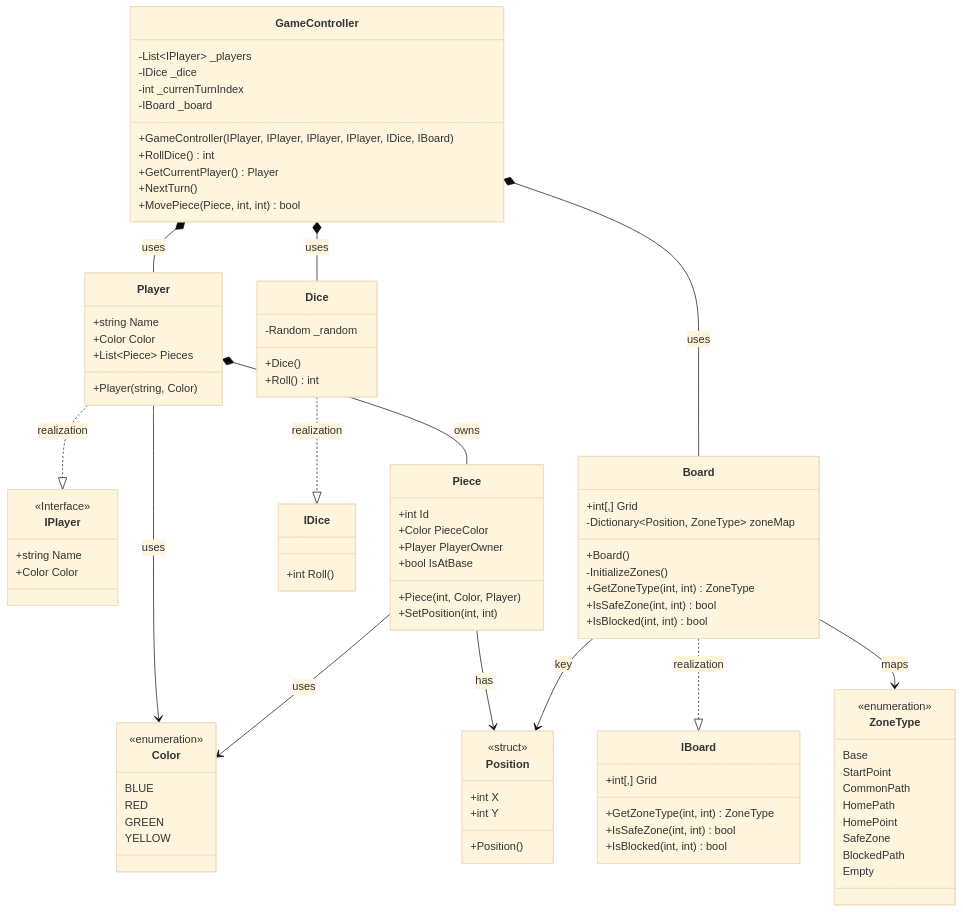
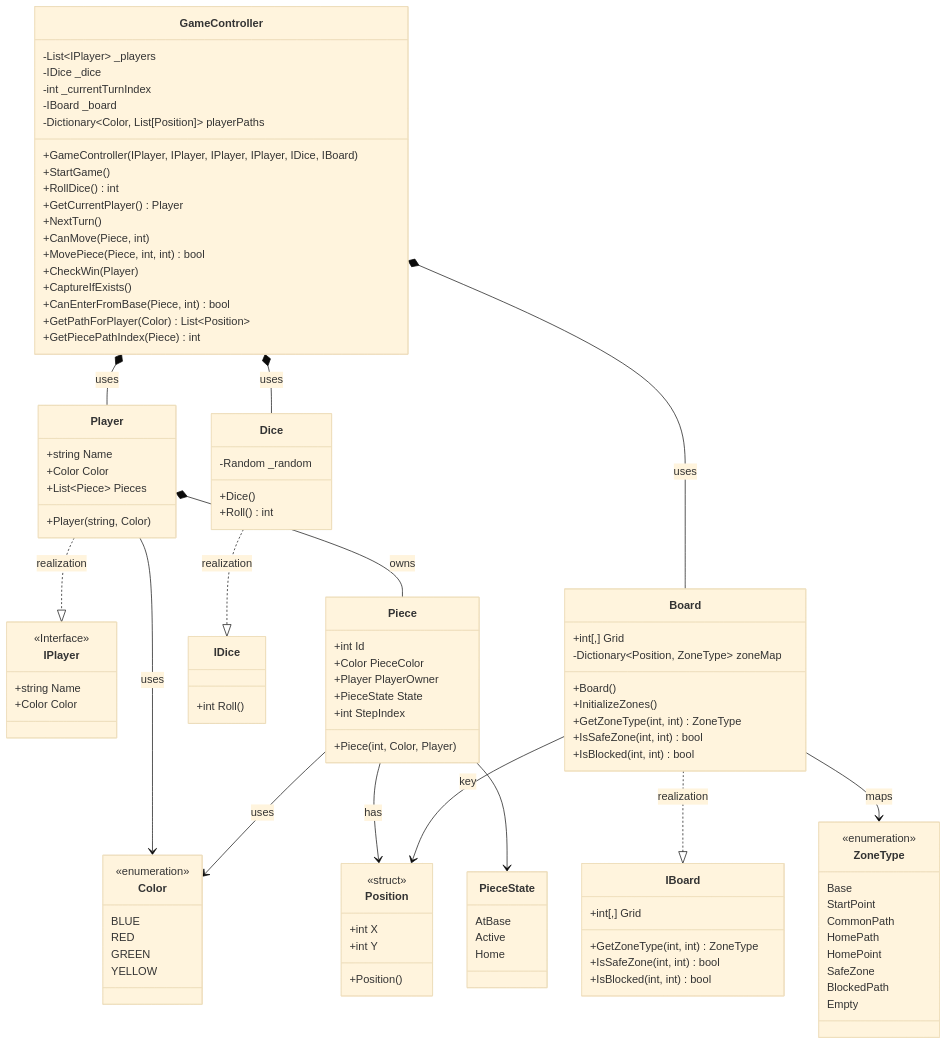
The diagram in Ludo/ClassDiagram.mmd (Masdikaa/Masdika-Bootcamp-SE-Formulatrix), drawn with Mermaid (base theme) before and after one commit. The commit also changed other lines of this file, not shown here.

Commit message:
update class diagram

```diff
--- a/Ludo/ClassDiagram.mmd
+++ b/Ludo/ClassDiagram.mmd
@@ -1,110 +1,124 @@
 classDiagram
 
     class GameController {
         -List~IPlayer~ _players
         -IDice _dice
-        -int _currenTurnIndex
+        -int _currentTurnIndex
         -IBoard _board
+        %% Dictionary<Color, List<Position>>
+        -Dictionary~Color, List[Position]~ playerPaths
 
         +GameController(IPlayer, IPlayer, IPlayer, IPlayer, IDice, IBoard)
+        +StartGame()
         +RollDice() int
         +GetCurrentPlayer() Player
         +NextTurn()
+        +CanMove(Piece, int)
         +MovePiece(Piece, int, int) bool
+        +CheckWin(Player)
+        +CaptureIfExists()
+        +CanEnterFromBase(Piece, int) bool
+        +GetPathForPlayer(Color) List~Position~
+        +GetPiecePathIndex(Piece) int
 
     }
 
     class IPlayer {
         <<Interface>>
         +string Name
         +Color Color
     }
 
     class Player {
         +string Name
         +Color Color
         +List~Piece~ Pieces
         +Player(string, Color)
     }
 
     class Piece {
         +int Id
         +Color PieceColor
         +Player PlayerOwner
-        +bool IsAtBase
+        +PieceState State
+        +int StepIndex
         +Piece(int, Color, Player)
-        +SetPosition(int, int)
     }
 
     class IDice {
         +int Roll()
     }
 
     class Dice {
         -Random _random
         +Dice()
         +Roll() int
     }
 
     class IBoard{
         +int[,] Grid
         +GetZoneType(int, int) ZoneType
         +IsSafeZone(int, int) bool
         +IsBlocked(int, int) bool
     }
 
     class Board{
         +int[,] Grid
         -Dictionary~Position, ZoneType~ zoneMap
         +Board()
-        -InitializeZones()
+        +InitializeZones()
         +GetZoneType(int, int) ZoneType
         +IsSafeZone(int, int) bool
         +IsBlocked(int, int) bool
     }
 
     class Position {
         <<struct>>
         +int X
         +int Y
         +Position()
     }
 
     class Color {
         <<enumeration>>
         BLUE
         RED
         GREEN
         YELLOW
     }
 
     class ZoneType {
         <<enumeration>>
         Base
         StartPoint
         CommonPath
         HomePath
         HomePoint
         SafeZone
         BlockedPath
         Empty
     }
 
-
+    class PieceState{
+        AtBase
+        Active
+        Home
+    }
 
     %% PlayerSection
     GameController *-- Player : uses
     %% GameController *-- IPlayer : uses
     Player ..|> IPlayer : realization
     Player --> Color : uses
     Player *-- Piece : owns
     %% Piece --> Player : references
     Piece --> Color : uses
     Dice ..|> IDice : realization
     GameController *-- Dice : uses
     %% GameController *-- IDice : uses
     Board ..|> IBoard : realization 
     GameController *-- Board : uses
     Piece --> Position : has
     Board --> ZoneType : maps
     Board --> Position : key
+    Piece --> PieceState
```
